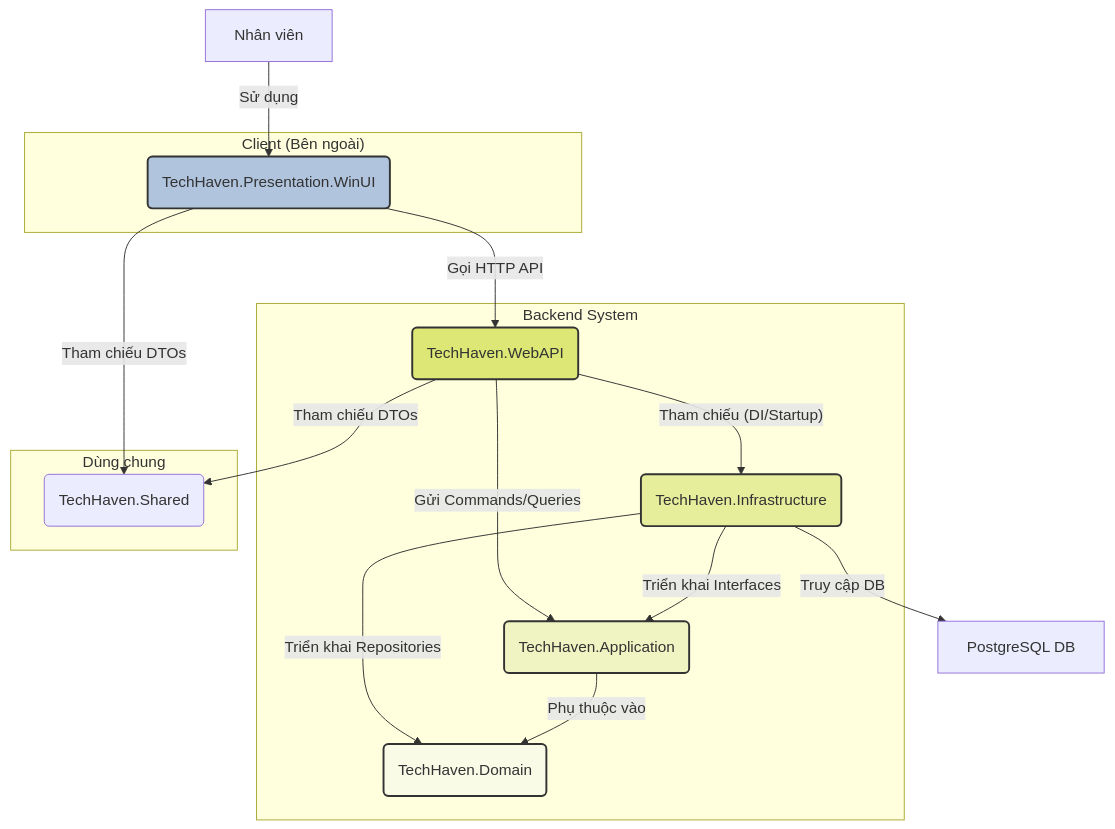
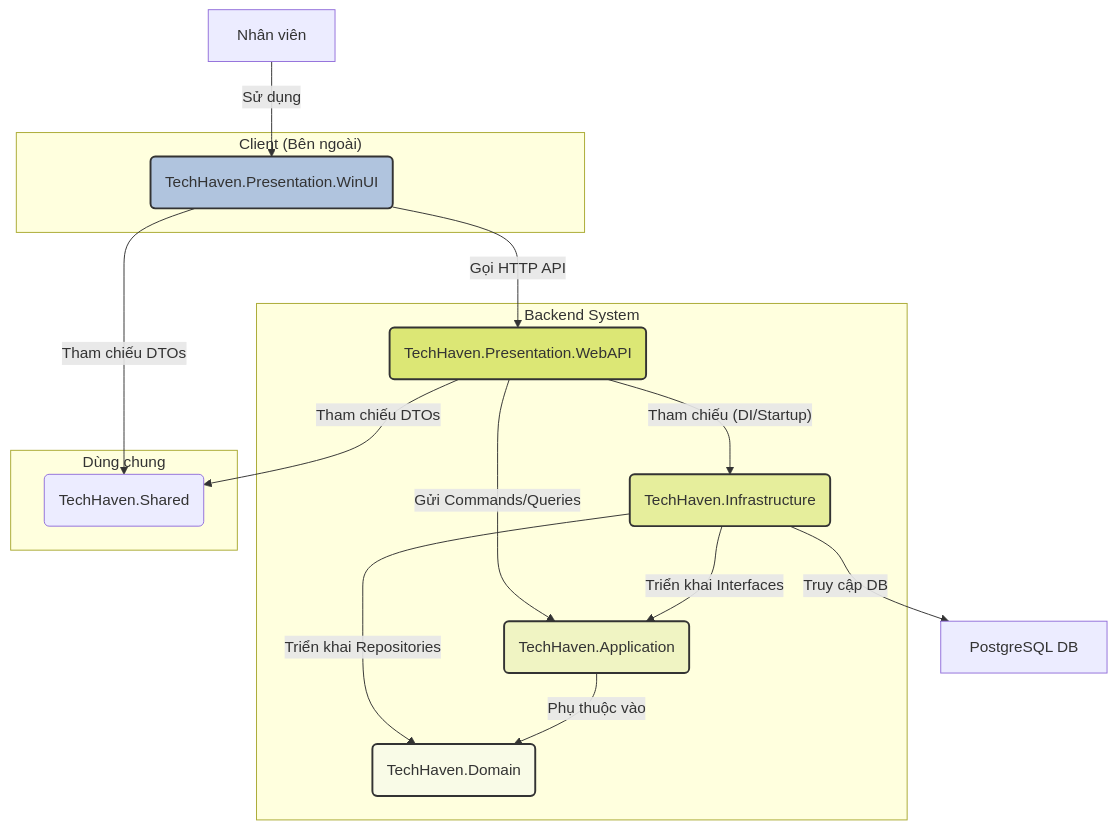
One commit to tranquocvy/window-shop-docs changed the second of 4 diagrams in project_proposals/project_proposal_1.md. Above: the diagram before and after it, drawn with Mermaid. The commit also changed other lines of this file and 1 other file, not shown here.

````diff
--- a/project_proposals/project_proposal_1.md
+++ b/project_proposals/project_proposal_1.md
@@ -214,44 +214,44 @@
 ```mermaid
 graph TD
     %% Định nghĩa các khối (Layers)
     subgraph "Client (Bên ngoài)"
         WinUI(TechHaven.Presentation.WinUI)
     end
     
     subgraph "Backend System"
-        WebAPI(TechHaven.WebAPI)
+        WebAPI(TechHaven.Presentation.WebAPI)
         Infra(TechHaven.Infrastructure)
         App(TechHaven.Application)
         Domain(TechHaven.Domain)
     end
 
     subgraph "Dùng chung"
         Shared(TechHaven.Shared)
     end
 
     %% Định nghĩa các thành phần bên ngoài
     User[<fa:fa-user> Nhân viên]
     Database[<fa:fa-database> PostgreSQL DB]
 
     %% Định nghĩa các luồng phụ thuộc
     User -- "Sử dụng" --> WinUI
     WinUI -- "Gọi HTTP API" --> WebAPI
     WinUI -- "Tham chiếu DTOs" --> Shared
 
     WebAPI -- "Tham chiếu (DI/Startup)" --> Infra
     WebAPI -- "Gửi Commands/Queries" --> App
     WebAPI -- "Tham chiếu DTOs" --> Shared
     
     Infra -- "Truy cập DB" --> Database
     Infra -- "Triển khai Interfaces" --> App
     Infra -- "Triển khai Repositories" --> Domain
 
     App -- "Phụ thuộc vào" --> Domain
 
     %% Thêm style cho các Layer
     style Domain fill:#f9fbe7,stroke:#333,stroke-width:2px,color:#333
     style App fill:#f0f4c3,stroke:#333,stroke-width:2px,color:#333
     style Infra fill:#e6ee9c,stroke:#333,stroke-width:2px,color:#333
     style WebAPI fill:#dce775,stroke:#333,stroke-width:2px,color:#333
     style WinUI fill:#b0c4de,stroke:#333,stroke-width:2px,color:#333
 ```
````
